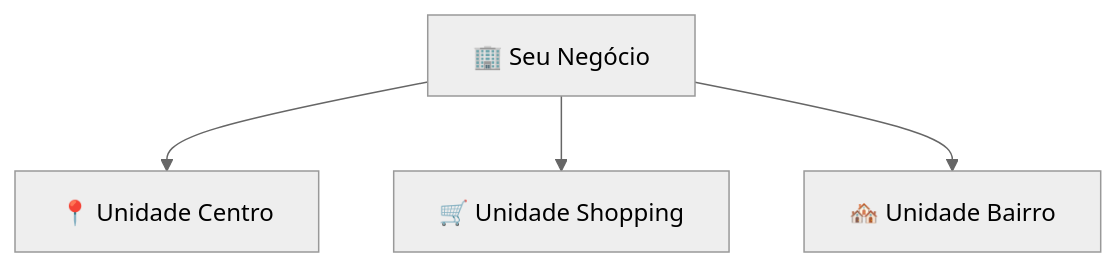
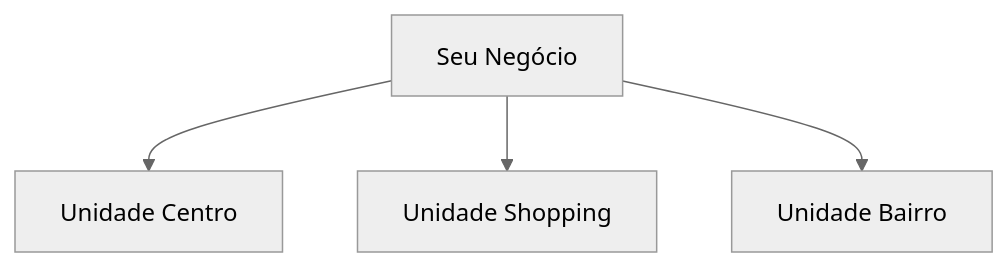
The diagram in contents/guides/estabelecimentos.md (AgendoCerto/docs), drawn with Mermaid (neutral theme) before and after one commit. The commit also changed other lines of this file and 6 other files, not shown here.

````diff
--- a/contents/guides/estabelecimentos.md
+++ b/contents/guides/estabelecimentos.md
@@ -15,6 +15,6 @@
 ```mermaid
 graph TD
-    A[🏢 Seu Negócio] --> B[📍 Unidade Centro]
-    A --> C[🛒 Unidade Shopping]
-    A --> D[🏘️ Unidade Bairro]
+    A[Seu Negócio] --> B[Unidade Centro]
+    A --> C[Unidade Shopping]
+    A --> D[Unidade Bairro]
 ```
````
